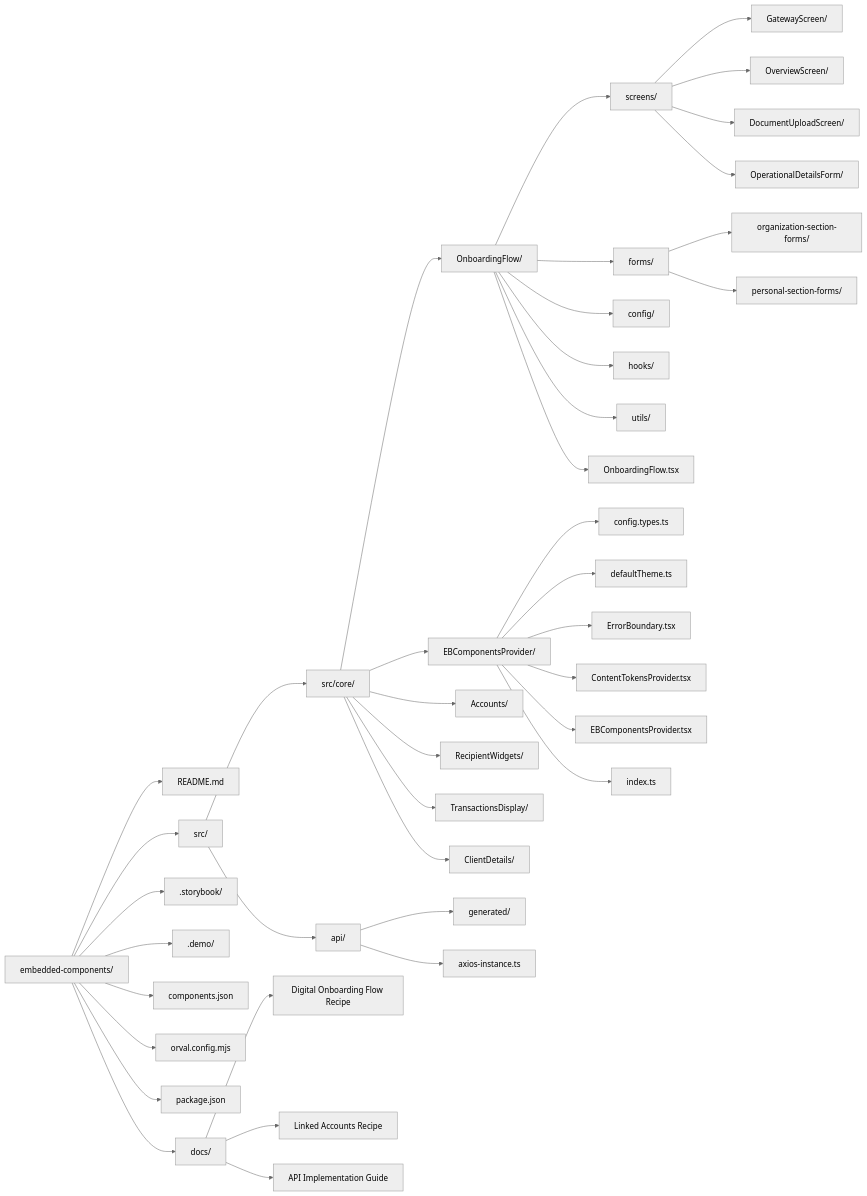
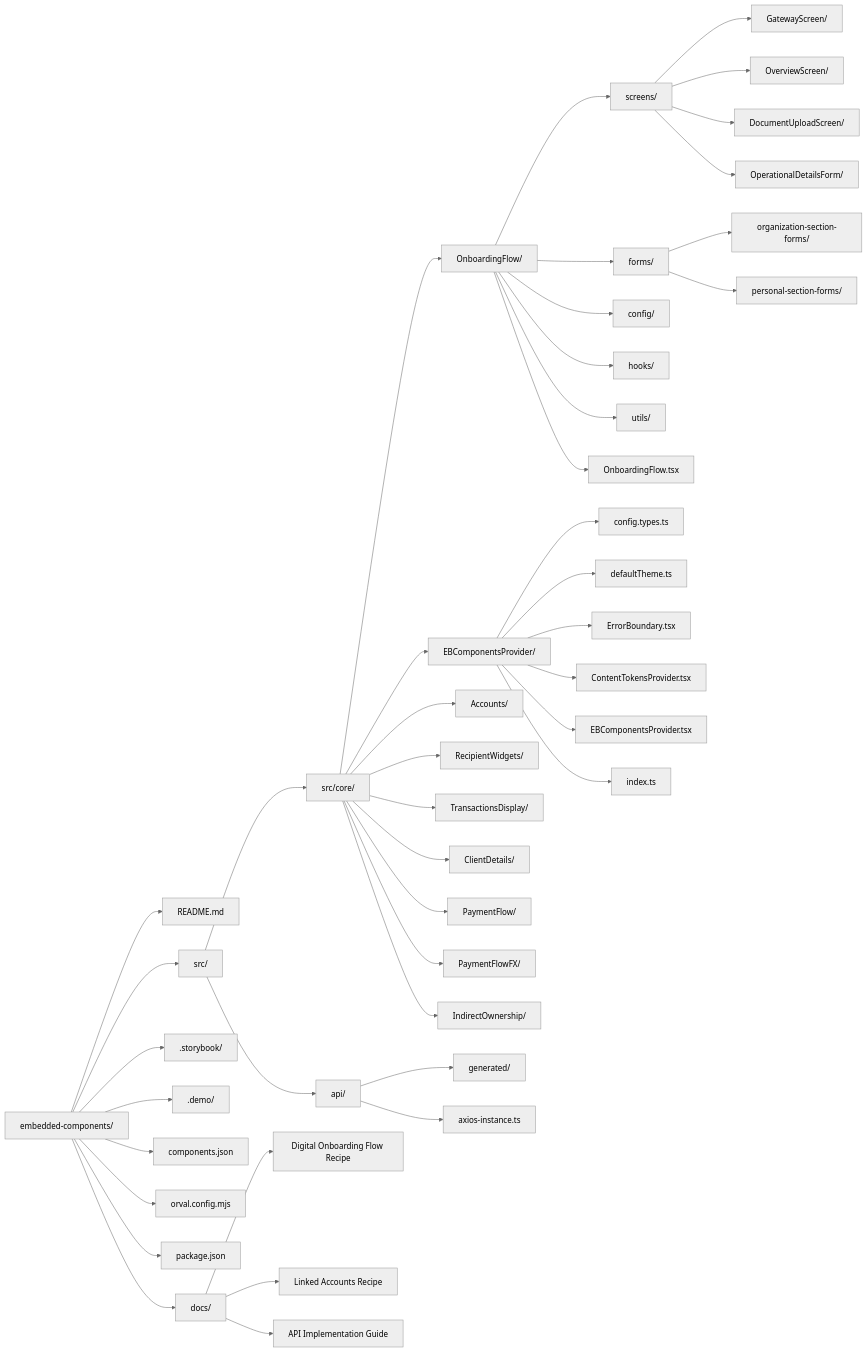
The diagram in embedded-components/COMPONENTS_DIAGRAM.md (jpmorgan-payments/embedded-finance), drawn with Mermaid (neutral theme) before and after one commit. The commit also changed other lines of this file and 16 other files, not shown here.

Commit message:
chore: Update documentation and references for PaymentFlow and PTC feature implementation

````diff
--- a/embedded-components/COMPONENTS_DIAGRAM.md
+++ b/embedded-components/COMPONENTS_DIAGRAM.md
@@ -5,60 +5,63 @@
 ```mermaid
 graph LR;
     %% Root Structure
     A[embedded-components/] --> B[README.md]
     A --> C[src/]
     A --> G[.storybook/]
     A --> J[.demo/]
     A --> M[components.json]
     A --> N[orval.config.mjs]
     A --> O[package.json]
     A --> P[docs/]
 
     %% Core Components
     C --> CORE[src/core/]
 
     %% OnboardingFlow Structure
     CORE --> OF[OnboardingFlow/]
     OF --> OF1[screens/]
     OF --> OF2[forms/]
     OF --> OF3[config/]
     OF --> OF4[hooks/]
     OF --> OF5[utils/]
     OF --> OF6[OnboardingFlow.tsx]
 
     %% Screen Structure
     OF1 --> SCR1[GatewayScreen/]
     OF1 --> SCR2[OverviewScreen/]
     OF1 --> SCR3[DocumentUploadScreen/]
     OF1 --> SCR4[OperationalDetailsForm/]
 
     %% Forms Structure
     OF2 --> FRM1[organization-section-forms/]
     OF2 --> FRM2[personal-section-forms/]
 
     %% EBComponentsProvider Structure
     CORE --> ECP[EBComponentsProvider/]
     ECP --> ECP1[config.types.ts]
     ECP --> ECP2[defaultTheme.ts]
     ECP --> ECP3[ErrorBoundary.tsx]
     ECP --> ECP4[ContentTokensProvider.tsx]
     ECP --> ECP5[EBComponentsProvider.tsx]
     ECP --> ECP6[index.ts]
 
     %% Other Core Components
     CORE --> ACC[Accounts/]
     CORE --> RW[RecipientWidgets/]
     CORE --> TD[TransactionsDisplay/]
     CORE --> CD[ClientDetails/]
+    CORE --> PF[PaymentFlow/]
+    CORE --> PFX[PaymentFlowFX/]
+    CORE --> IO[IndirectOwnership/]
 
     %% API Layer
     C --> D[api/]
     D --> E[generated/]
     D --> F[axios-instance.ts]
 
     %% Documentation
     P --> DOC1[Digital Onboarding Flow Recipe]
     P --> DOC2[Linked Accounts Recipe]
     P --> DOC3[API Implementation Guide]
 
 ```
````
